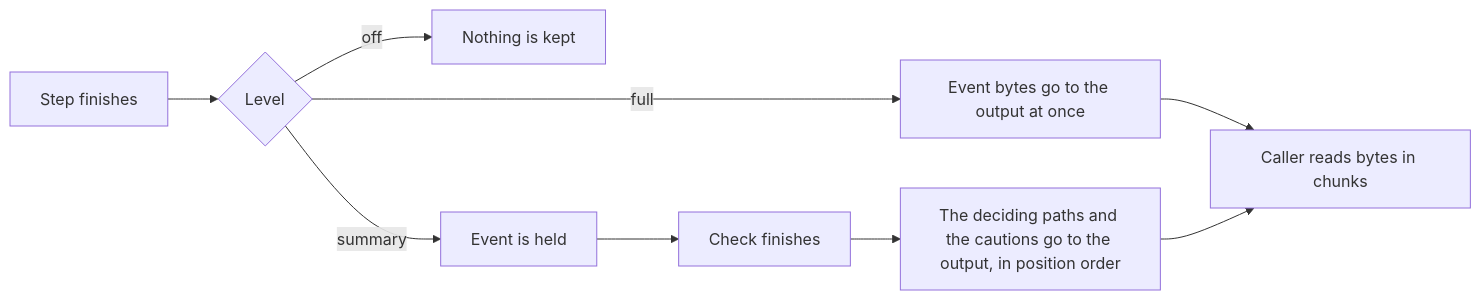
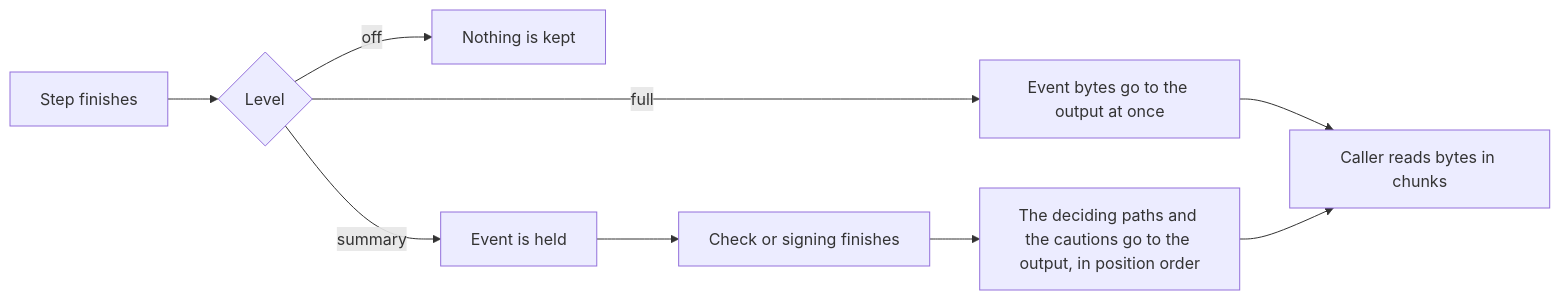
One commit to photom/hallmark changed the seventh of 9 diagrams in docs/reference/design/lifecycle.md. Above: the diagram before and after it, drawn with Mermaid. The commit also changed other lines of this file and 48 other files, not shown here.

First line of the commit message:
Give the signing caller its own entry type, Signing, apart from Check (#19)

````diff
--- a/docs/reference/design/lifecycle.md
+++ b/docs/reference/design/lifecycle.md
@@ -136,11 +175,11 @@
 ```mermaid
 flowchart LR
     step["Step finishes"] --> level{"Level"}
     level -->|"off"| nothing["Nothing is kept"]
     level -->|"full"| out["Event bytes go to the output at once"]
     level -->|"summary"| held["Event is held"]
-    held --> fin["Check finishes"]
+    held --> fin["Check or signing finishes"]
     fin --> pick["The deciding paths and the cautions go to the output, in position order"]
     out --> read["Caller reads bytes in chunks"]
     pick --> read
 ```
````
